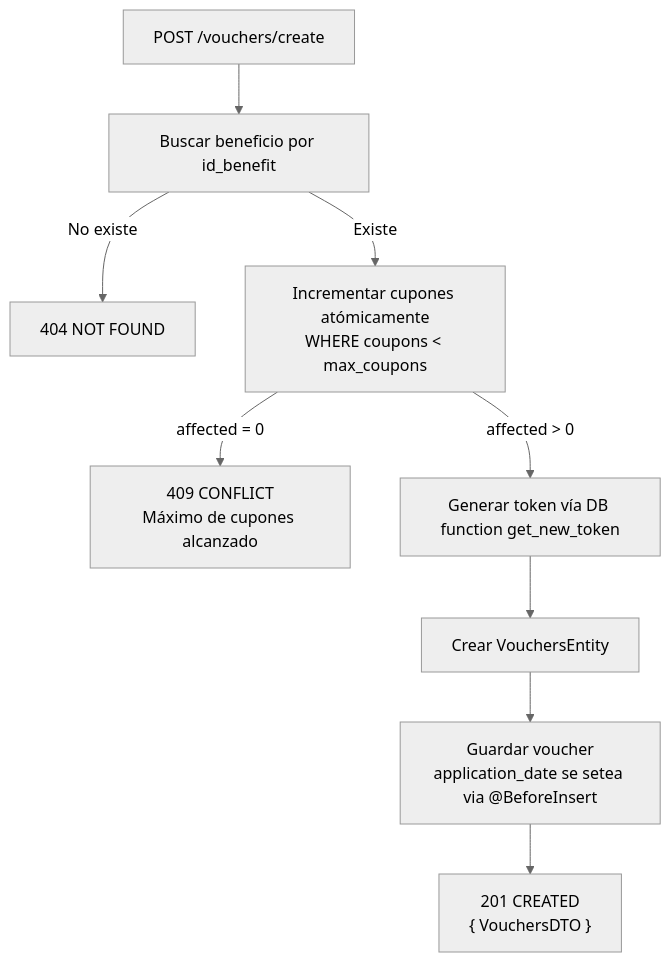
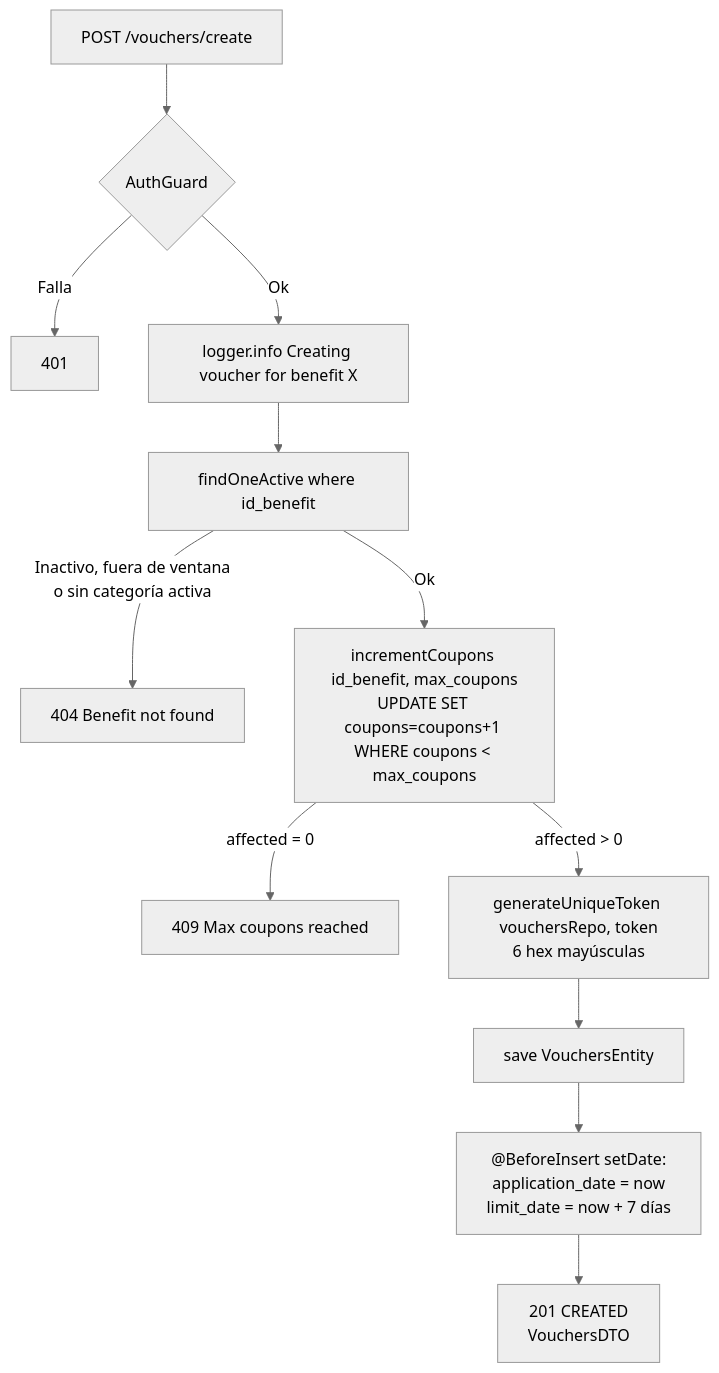
Before and after one commit to FedeLupianez/cecit-backend: the fifth of 9 diagrams in docs/tecnical/vouchers.md, drawn with Mermaid (neutral theme). The commit also changed other lines of this file and 24 other files, not shown here.

````diff
--- a/docs/tecnical/vouchers.md
+++ b/docs/tecnical/vouchers.md
@@ -181,11 +420,14 @@
 ```mermaid
 flowchart TD
-    A[POST /vouchers/create] --> B[Buscar beneficio por id_benefit]
-    B -->|No existe| C[404 NOT FOUND]
-    B -->|Existe| D[Incrementar cupones atómicamente<br/>WHERE coupons < max_coupons]
-    D -->|affected = 0| E[409 CONFLICT<br/>Máximo de cupones alcanzado]
-    D -->|affected > 0| F[Generar token vía DB function get_new_token]
-    F --> G[Crear VouchersEntity]
-    G --> H[Guardar voucher<br/>application_date se setea via @BeforeInsert]
-    H --> I["201 CREATED<br/>{ VouchersDTO }"]
+    A[POST /vouchers/create] --> B{AuthGuard}
+    B -->|Falla| C[401]
+    B -->|Ok| D["logger.info Creating voucher for benefit X"]
+    D --> E["findOneActive where id_benefit"]
+    E -->|Inactivo, fuera de ventana<br/>o sin categoría activa| F[404 Benefit not found]
+    E -->|Ok| G["incrementCoupons id_benefit, max_coupons<br/>UPDATE SET coupons=coupons+1 WHERE coupons &lt; max_coupons"]
+    G -->|affected = 0| H["409 Max coupons reached"]
+    G -->|affected &gt; 0| I["generateUniqueToken vouchersRepo, token<br/>6 hex mayúsculas"]
+    I --> J["save VouchersEntity"]
+    J --> K["@BeforeInsert setDate:<br/>application_date = now<br/>limit_date = now + 7 días"]
+    K --> L["201 CREATED<br/>VouchersDTO"]
 ```
````
